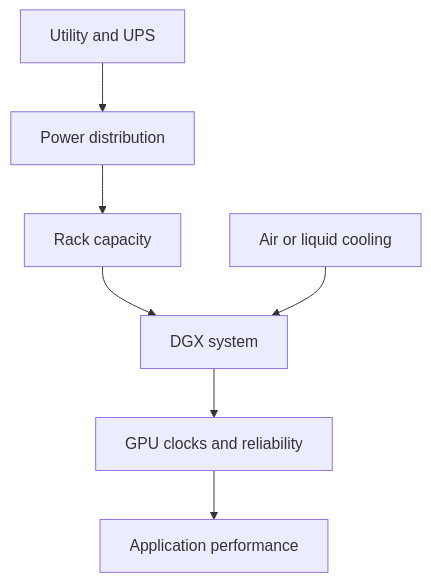
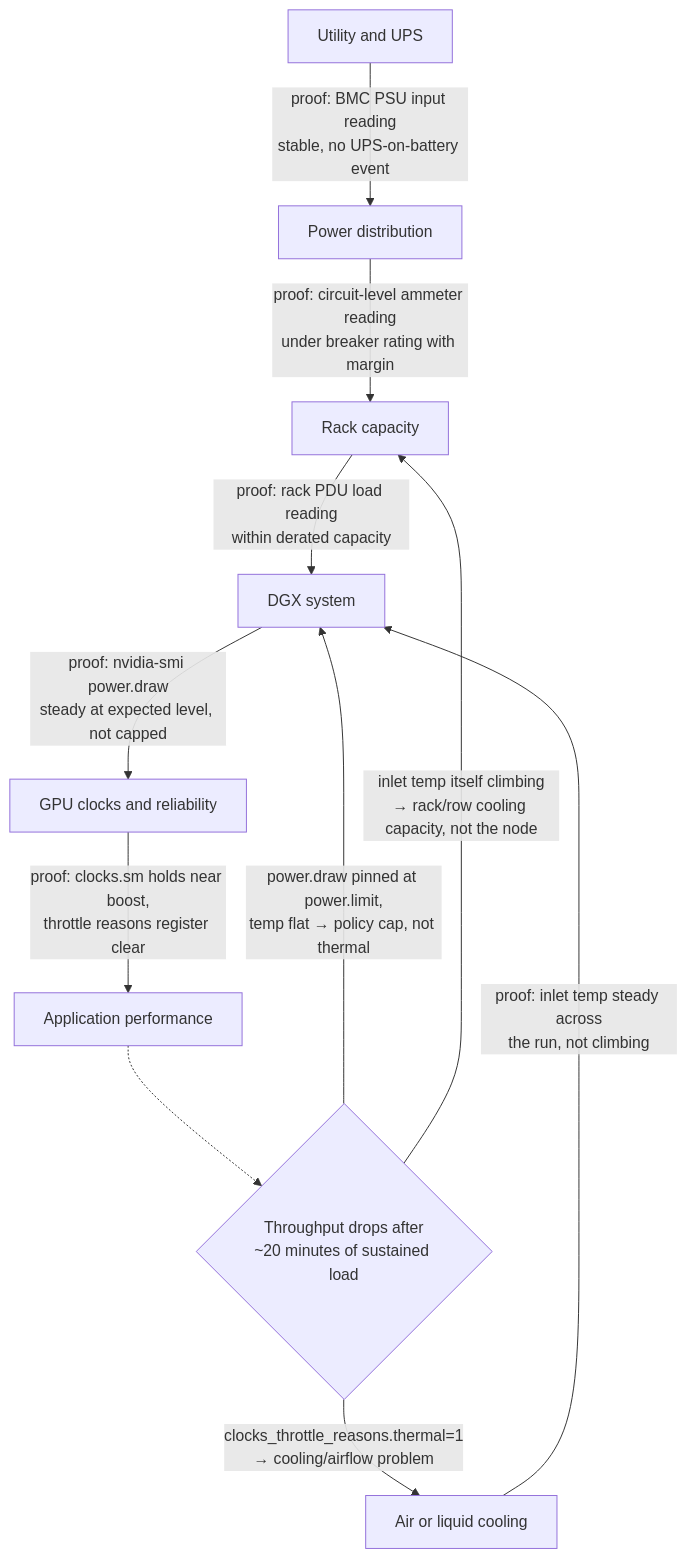
The first of 3 diagrams in docs/nvidia-zero-to-hero/volume-05/chapter-04-power-cooling-and-rack-readiness.md (jithinpnjm/nvidia-devops), drawn with Mermaid before and after one commit. The commit also changed other lines of this file and 5 other files, not shown here.

Commit message:
WIP checkpoint: depth rework in progress, NOT verified/built — session hit rate limit mid-run

````diff
--- a/docs/nvidia-zero-to-hero/volume-05/chapter-04-power-cooling-and-rack-readiness.md
+++ b/docs/nvidia-zero-to-hero/volume-05/chapter-04-power-cooling-and-rack-readiness.md
@@ -43,13 +43,23 @@
 ```mermaid
 flowchart TD
     Utility[Utility and UPS]
     PDU[Power distribution]
     Rack[Rack capacity]
     Node[DGX system]
     Cooling[Air or liquid cooling]
     GPU[GPU clocks and reliability]
     Workload[Application performance]
+    Slow{"Throughput drops after<br/>~20 minutes of sustained load"}
 
-    Utility --> PDU --> Rack --> Node --> GPU --> Workload
-    Cooling --> Node
+    Utility -->|"proof: BMC PSU input reading<br/>stable, no UPS-on-battery event"| PDU
+    PDU -->|"proof: circuit-level ammeter reading<br/>under breaker rating with margin"| Rack
+    Rack -->|"proof: rack PDU load reading<br/>within derated capacity"| Node
+    Node -->|"proof: nvidia-smi power.draw<br/>steady at expected level, not capped"| GPU
+    Cooling -->|"proof: inlet temp steady across<br/>the run, not climbing"| Node
+    GPU -->|"proof: clocks.sm holds near boost,<br/>throttle reasons register clear"| Workload
+
+    Workload -.-> Slow
+    Slow -->|"clocks_throttle_reasons.thermal=1<br/>→ cooling/airflow problem"| Cooling
+    Slow -->|"power.draw pinned at power.limit,<br/>temp flat → policy cap, not thermal"| Node
+    Slow -->|"inlet temp itself climbing<br/>→ rack/row cooling capacity, not the node"| Rack
 ```
````
